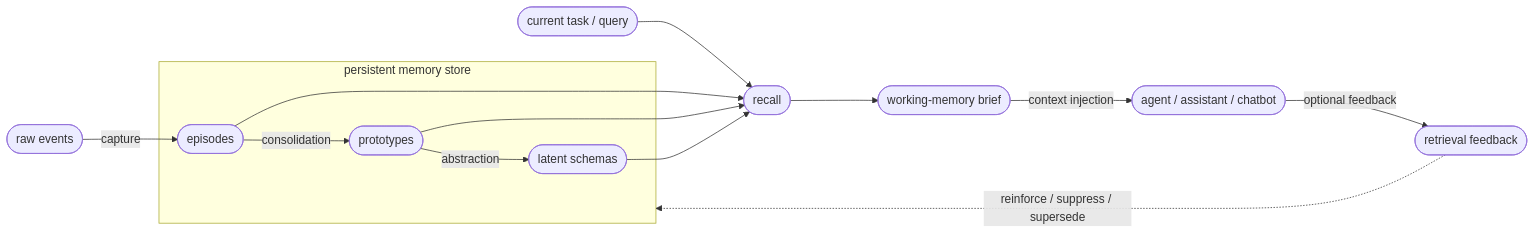
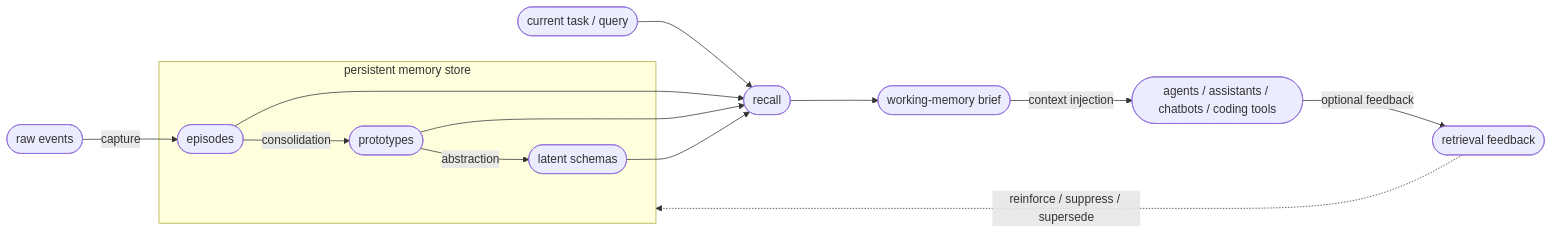
Before and after one commit to mrsalty/slowave: the diagram in docs/design.md, drawn with Mermaid. The commit also changed other lines of this file and 1 other file, not shown here.

First line of the commit message:
docs: refine core messaging and architecture documentation

````diff
--- a/docs/design.md
+++ b/docs/design.md
@@ -101,29 +149,29 @@
 ```mermaid
 flowchart LR
     subgraph MEM["persistent memory store"]
         EP([episodes])
         PR([prototypes])
         LS([latent schemas])
     end
 
     RE([raw events])
     Q([current task / query])
     RC([recall])
     WM([working-memory brief])
-    AG([agent / assistant / chatbot])
+    AG([agents / assistants / chatbots / coding tools])
     FB([retrieval feedback])
 
     RE -->|capture| EP
     EP -->|consolidation| PR
     PR -->|abstraction| LS
 
     Q --> RC
     EP --> RC
     PR --> RC
     LS --> RC
 
     RC --> WM
     WM -->|context injection| AG
     AG -->|optional feedback| FB
     FB -.->|reinforce / suppress / supersede| MEM
 ```
````
